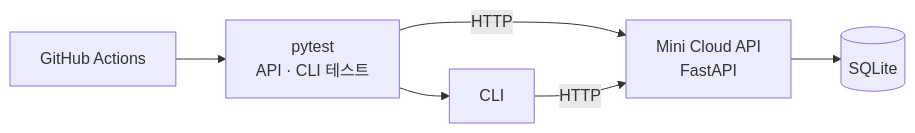
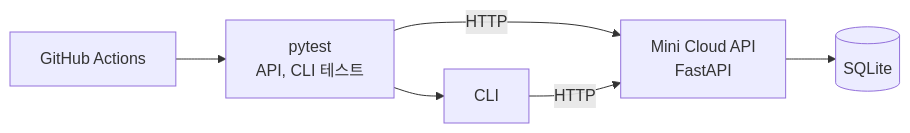
Before and after one commit to dra2sun7/mini-cloud-qa: the first of 3 diagrams in README.md, drawn with Mermaid.

````diff
--- a/README.md
+++ b/README.md
@@ -8,8 +8,8 @@
 ```mermaid
 flowchart LR
-    CI[GitHub Actions] --> Test[pytest<br/>API · CLI 테스트]
-    Test -->|HTTP| API[Mini Cloud API<br/>FastAPI]
-    CLI[CLI] -->|HTTP| API
+    CI["GitHub Actions"] --> Test["pytest<br/>API, CLI 테스트"]
+    Test -->|"HTTP"| API["Mini Cloud API<br/>FastAPI"]
+    CLI["CLI"] -->|"HTTP"| API
     Test --> CLI
-    API --> DB[(SQLite)]
+    API --> DB[("SQLite")]
 ```
````
